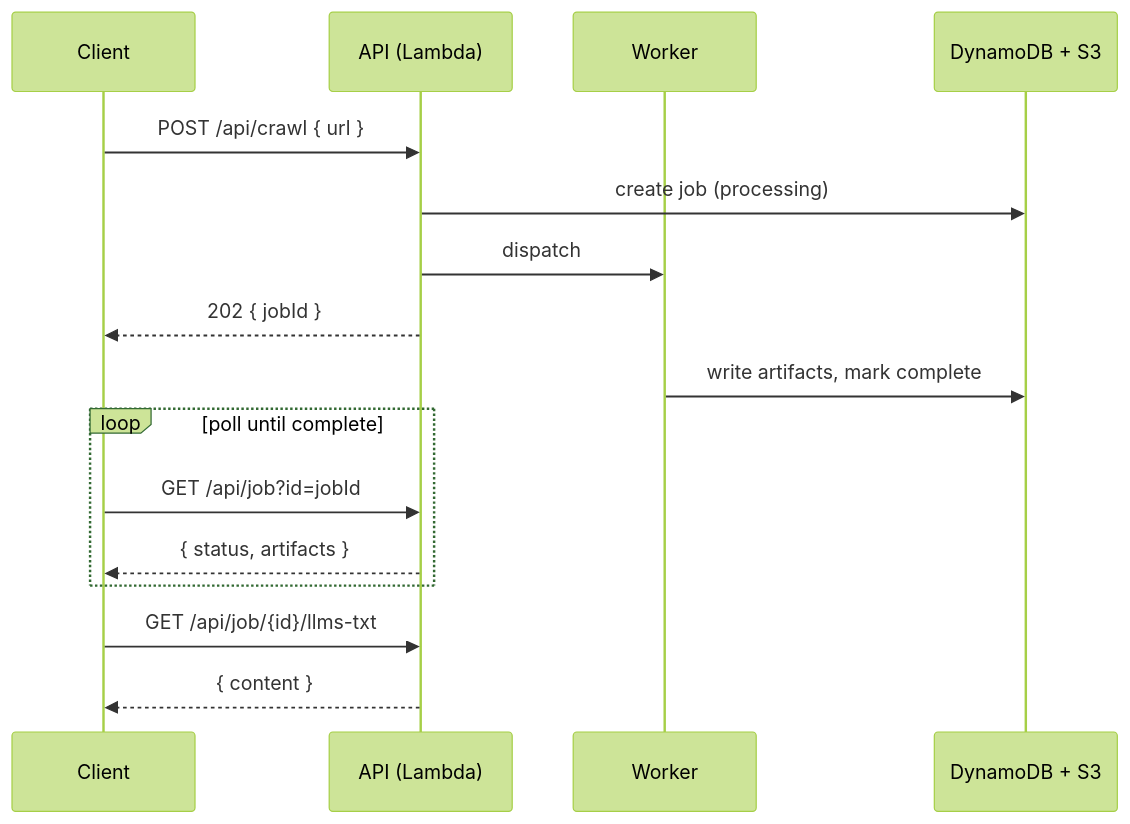
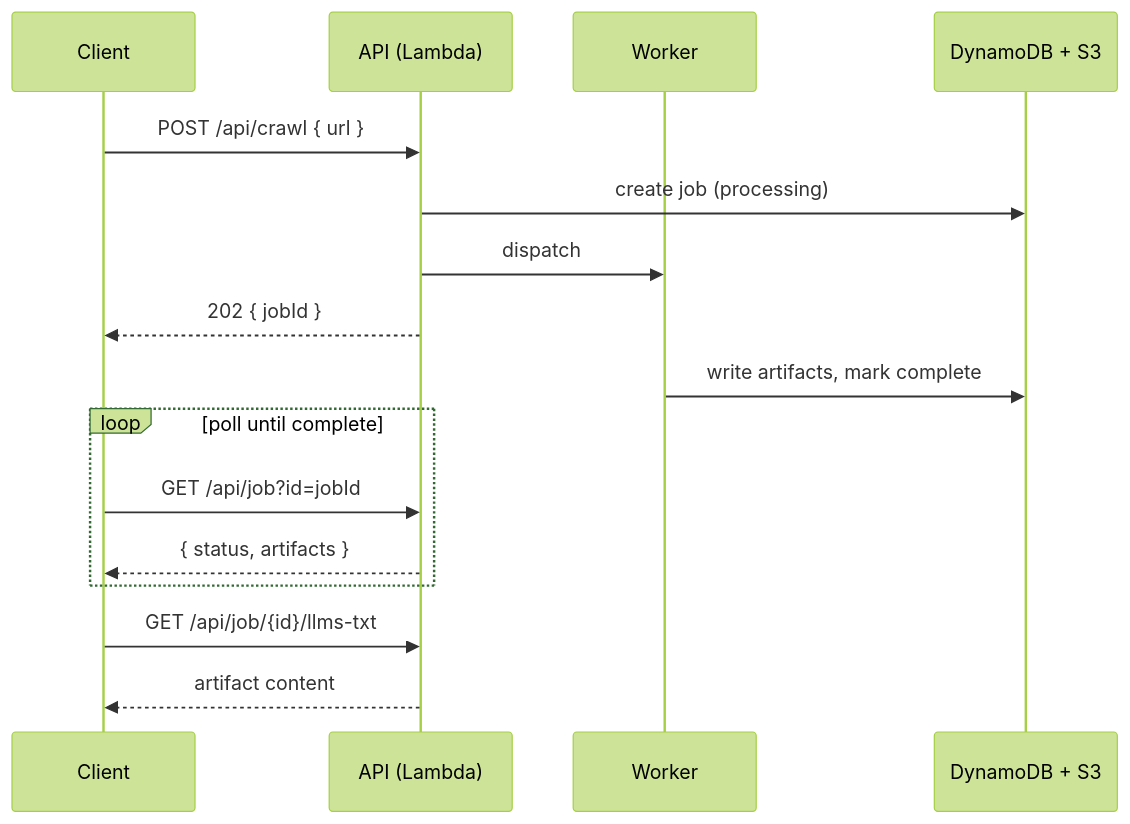
The third of 3 diagrams in docs/architecture.md (ejaimez14/llms-txt), drawn with Mermaid (forest theme) before and after one commit. The commit also changed other lines of this file, not shown here.

Commit message:
Clarify datastore labels and worker arrows; simplify lifecycle diagram

````diff
--- a/docs/architecture.md
+++ b/docs/architecture.md
@@ -50,19 +52,19 @@
 ```mermaid
 sequenceDiagram
   participant C as Client
   participant API as API (Lambda)
   participant W as Worker
   participant DB as DynamoDB + S3
 
   C->>API: POST /api/crawl { url }
   API->>DB: create job (processing)
   API->>W: dispatch
   API-->>C: 202 { jobId }
   W->>DB: write artifacts, mark complete
   loop poll until complete
     C->>API: GET /api/job?id=jobId
     API-->>C: { status, artifacts }
   end
   C->>API: GET /api/job/{id}/llms-txt
-  API-->>C: { content }
+  API-->>C: artifact content
 ```
````
